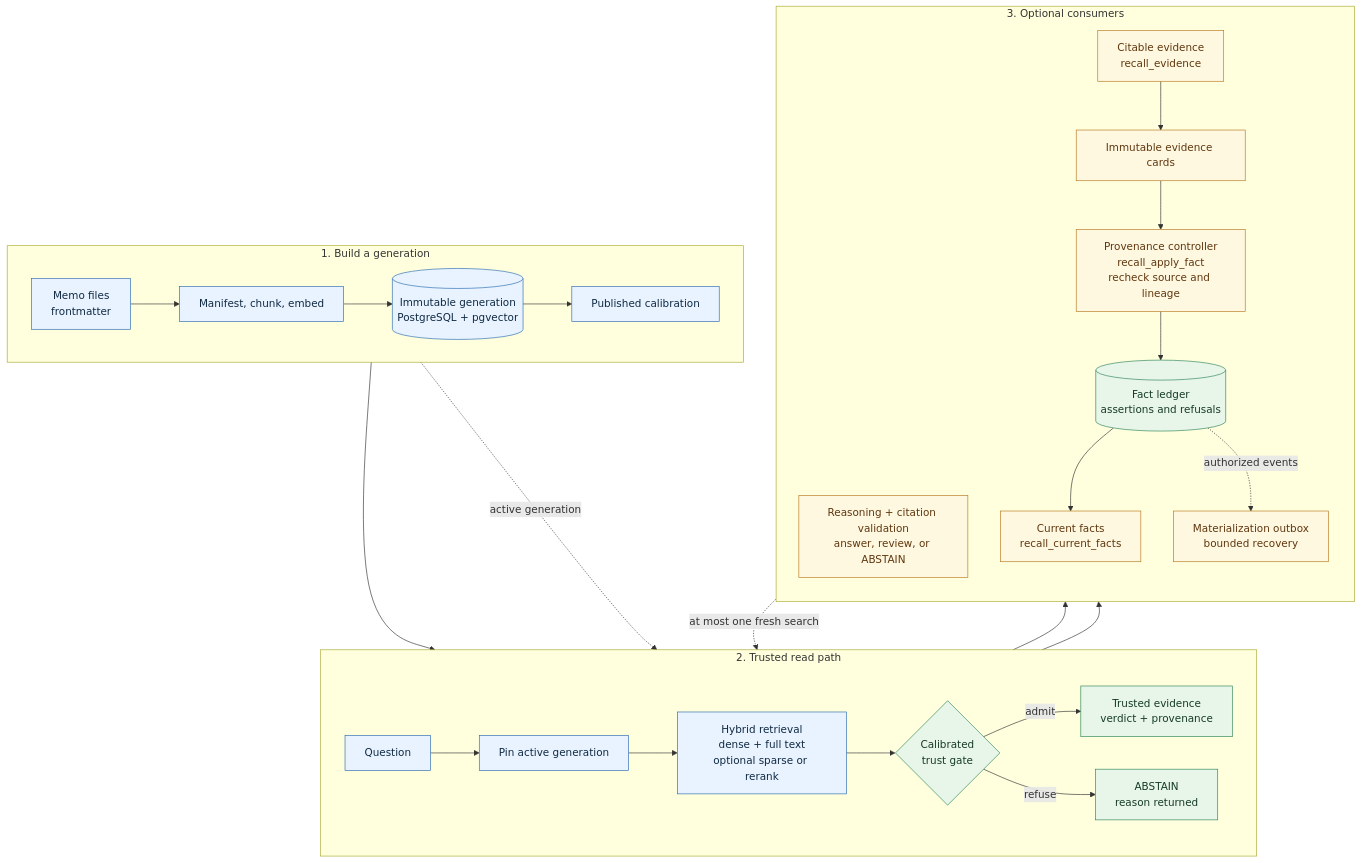
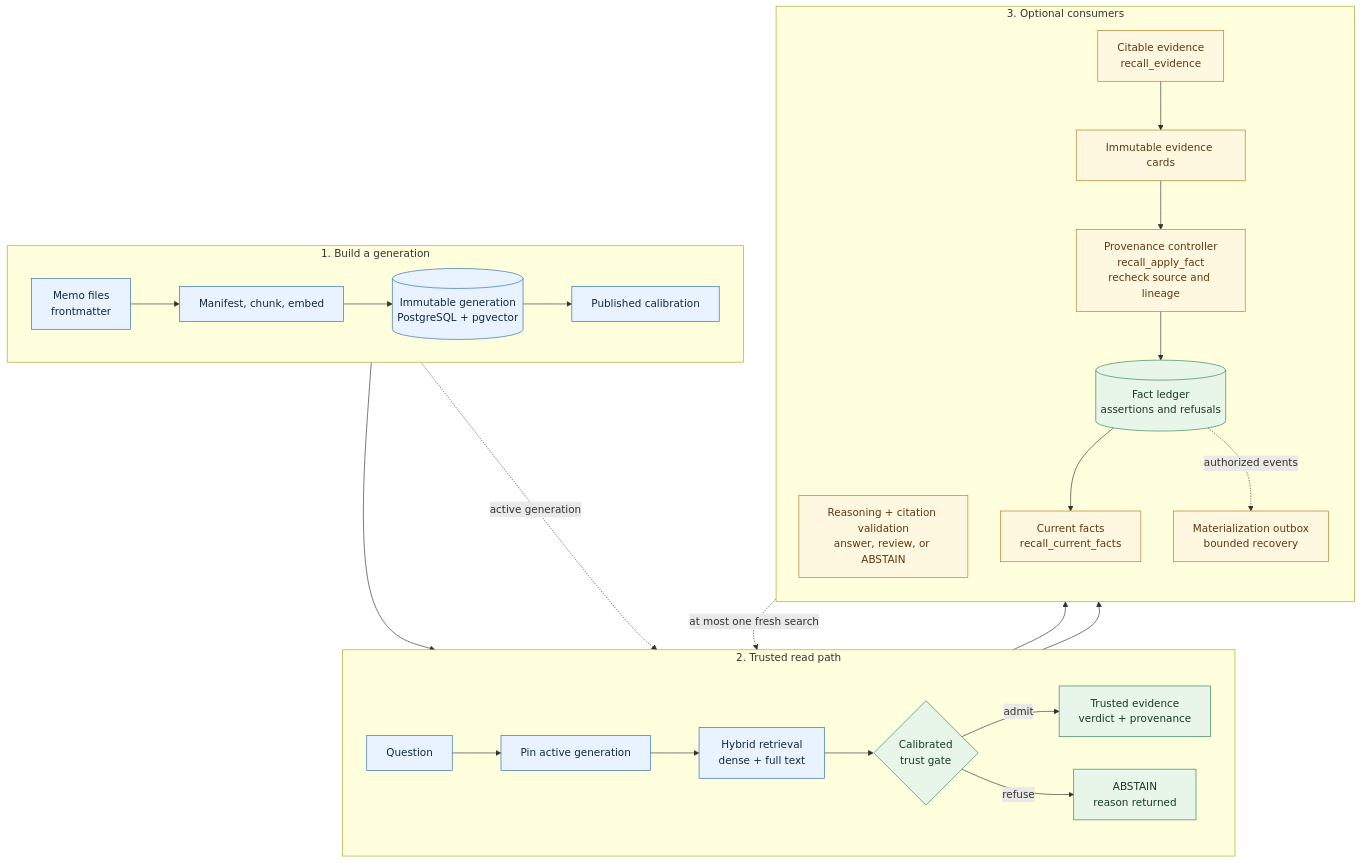
The diagram in README.md (GiulioDER/RE-call), drawn with Mermaid before and after one commit. The commit also changed other lines of this file and 2 other files, not shown here.

````diff
--- a/README.md
+++ b/README.md
@@ -279,40 +51,40 @@
 ```mermaid
 flowchart TB
     subgraph BUILD["1. Build a generation"]
         direction LR
         SOURCE["Memo files<br/>frontmatter"] --> INDEX["Manifest, chunk, embed"]
         INDEX --> GEN[("Immutable generation<br/>PostgreSQL + pgvector")]
         GEN --> CAL["Published calibration"]
     end
 
     subgraph READ["2. Trusted read path"]
         direction LR
         QUESTION["Question"] --> PIN["Pin active generation"]
-        PIN --> RETRIEVE["Hybrid retrieval<br/>dense + full text<br/>optional sparse or rerank"]
+        PIN --> RETRIEVE["Hybrid retrieval<br/>dense + full text"]
         RETRIEVE --> GATE{"Calibrated<br/>trust gate"}
         CAL --> GATE
         GATE -->|"admit"| TRUSTED["Trusted evidence<br/>verdict + provenance"]
         GATE -->|"refuse"| ABSTAIN["ABSTAIN<br/>reason returned"]
     end
 
     subgraph OUTPUTS["3. Optional consumers"]
         direction TB
         TRUSTED --> ANSWER["Reasoning + citation validation<br/>answer, review, or ABSTAIN"]
         TRUSTED --> EVIDENCE["Citable evidence<br/>recall_evidence"]
         EVIDENCE --> CARDS["Immutable evidence cards"]
         CARDS --> CONTROLLER["Provenance controller<br/>recall_apply_fact<br/>recheck source and lineage"]
         CONTROLLER --> LEDGER[("Fact ledger<br/>assertions and refusals")]
         LEDGER --> CURRENT["Current facts<br/>recall_current_facts"]
         LEDGER -. "authorized events" .-> OUTBOX["Materialization outbox<br/>bounded recovery"]
     end
 
     CONTROLLER -. "at most one fresh search" .-> RETRIEVE
     GEN -. "active generation" .-> PIN
 
     classDef defaultPath fill:#e8f3ff,stroke:#2b6cb0,color:#102a43,stroke-width:1px;
     classDef optionalPath fill:#fff8e1,stroke:#b7791f,color:#5f370e,stroke-width:1px;
     classDef trustPath fill:#e8f5e9,stroke:#2f855a,color:#163b27,stroke-width:1px;
     class SOURCE,INDEX,GEN,CAL,QUESTION,PIN,RETRIEVE defaultPath;
     class ANSWER,EVIDENCE,CARDS,CONTROLLER,CURRENT,OUTBOX optionalPath;
     class ABSTAIN,GATE,TRUSTED,LEDGER trustPath;
 ```
````
